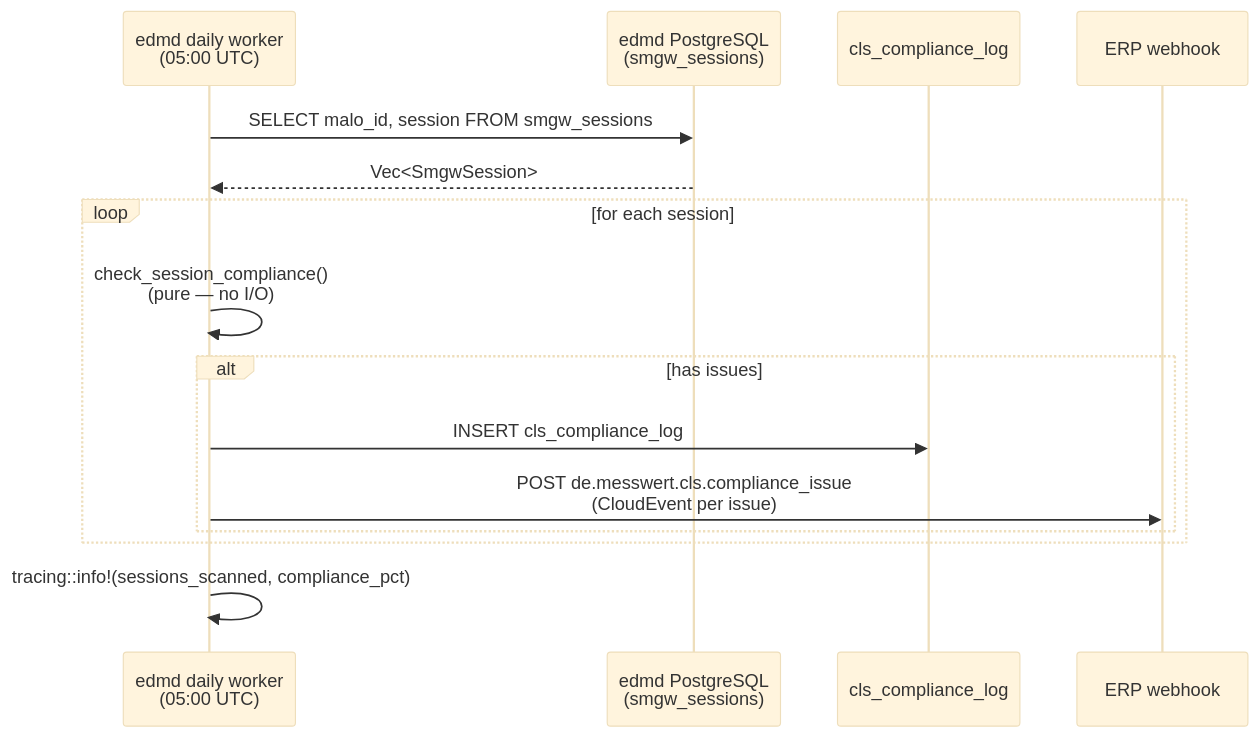
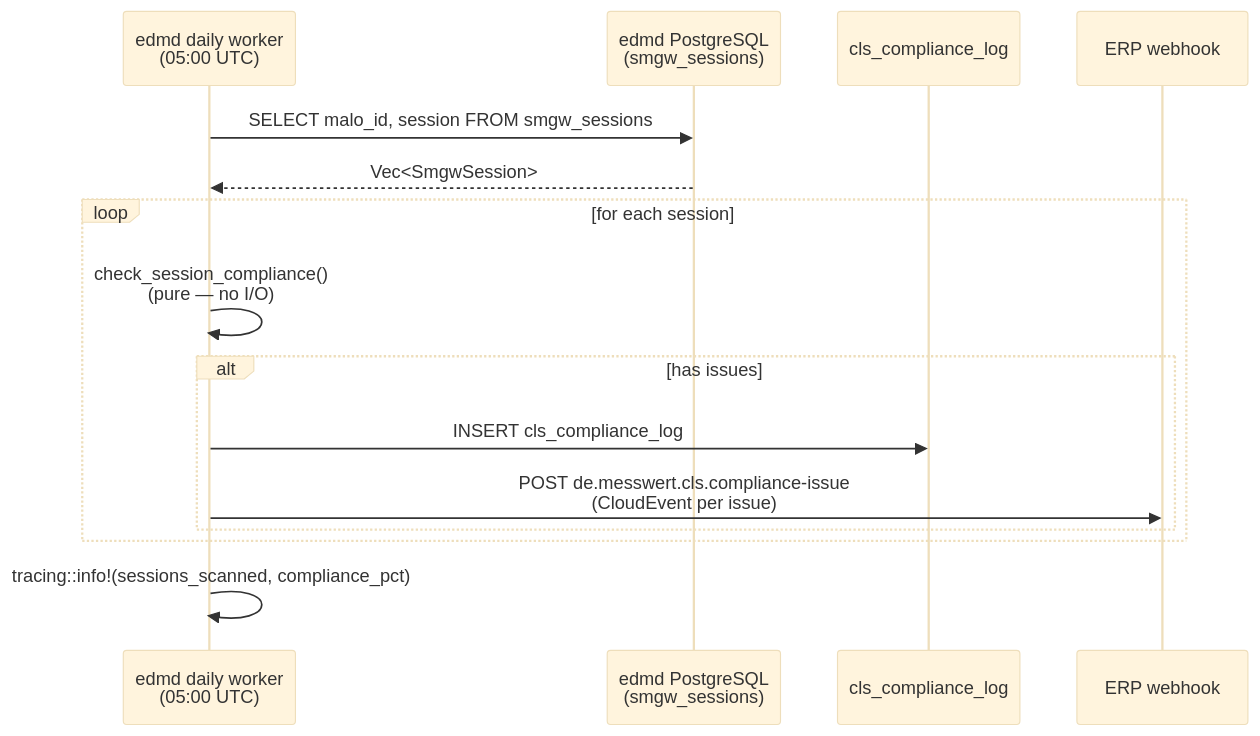
One commit to hupe1980/mako changed the fourth of 4 diagrams in site/content/docs/services/edmd.md. Above: the diagram before and after it, drawn with Mermaid (base theme). The commit also changed other lines of this file and 276 other files, not shown here.

````diff
--- a/site/content/docs/services/edmd.md
+++ b/site/content/docs/services/edmd.md
@@ -2018,18 +2018,18 @@
 ```mermaid
 sequenceDiagram
     participant Worker as edmd daily worker<br/>(05:00 UTC)
     participant DB as edmd PostgreSQL<br/>(smgw_sessions)
     participant Log as cls_compliance_log
     participant ERP as ERP webhook
 
     Worker->>DB: SELECT malo_id, session FROM smgw_sessions
     DB-->>Worker: Vec<SmgwSession>
     loop for each session
         Worker->>Worker: check_session_compliance()<br/>(pure — no I/O)
         alt has issues
             Worker->>Log: INSERT cls_compliance_log
-            Worker->>ERP: POST de.messwert.cls.compliance_issue<br/>(CloudEvent per issue)
+            Worker->>ERP: POST de.messwert.cls.compliance-issue<br/>(CloudEvent per issue)
         end
     end
     Worker->>Worker: tracing::info!(sessions_scanned, compliance_pct)
 ```
````
